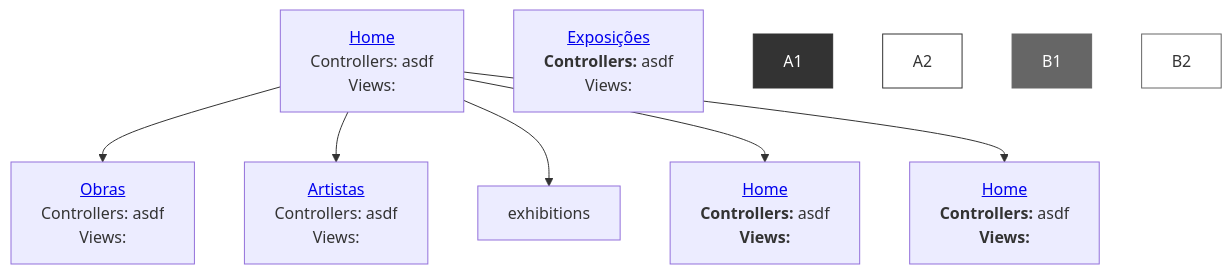
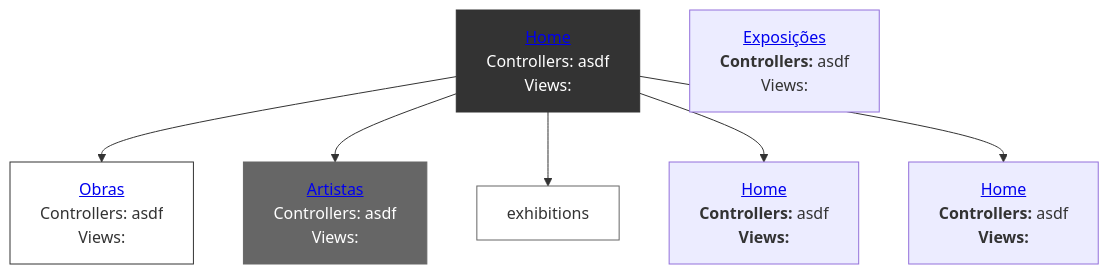
The first of 2 diagrams in README.md (reynaldocv/macusp), drawn with Mermaid before and after one commit.

````diff
--- a/README.md
+++ b/README.md
@@ -245,23 +245,23 @@
 ```mermaid
 graph TD
     %% Parte superior e inferior del primer puesto
     home["        <a href='http://143.107.130.173/admacervo/macusp/index.php'> Home </a>                 <br> Controllers: asdf <br> Views: "]
     works["       <a href='http://143.107.130.173/admacervo/macusp/index.php/Intro/works'>Obras</a>      <br> Controllers: asdf <br> Views: "]
     artists["     <a href='http://143.107.130.173/admacervo/macusp/index.php/Intro/artists'>Artistas</a>   <br> Controllers: asdf <br> Views:"]
     exposições["  <a href='http://143.107.130.173/admacervo/macusp/index.php/Intro/exhibitions'>Exposições</a> <br> <strong> Controllers: </strong> asdf <br> Views:"]
     buscaGeral["  <a href='https://link.com'>Home</a> <br> <strong> Controllers: </strong> asdf <br> <strong> Views: </strong>"]
     busca["<a href='https://link.com'>Home</a> <br> <strong> Controllers: </strong> asdf <br> <strong> Views: </strong>"]
     
     %% Conexión del organigrama (une la parte inferior de uno con la superior del otro)
     home --> works
     home --> artists
     home --> exhibitions
     home --> busca
     home --> buscaGeral
 
     %% Estilos para que parezcan una sola pieza
-    style A1 fill:#333,stroke:#333,color:#fff
-    style A2 fill:#fff,stroke:#333
-    style B1 fill:#666,stroke:#666,color:#fff
-    style B2 fill:#fff,stroke:#666
+    style home fill:#333,stroke:#333,color:#fff
+    style works fill:#fff,stroke:#333
+    style artists fill:#666,stroke:#666,color:#fff
+    style exhibitions fill:#fff,stroke:#666
 ```
````
